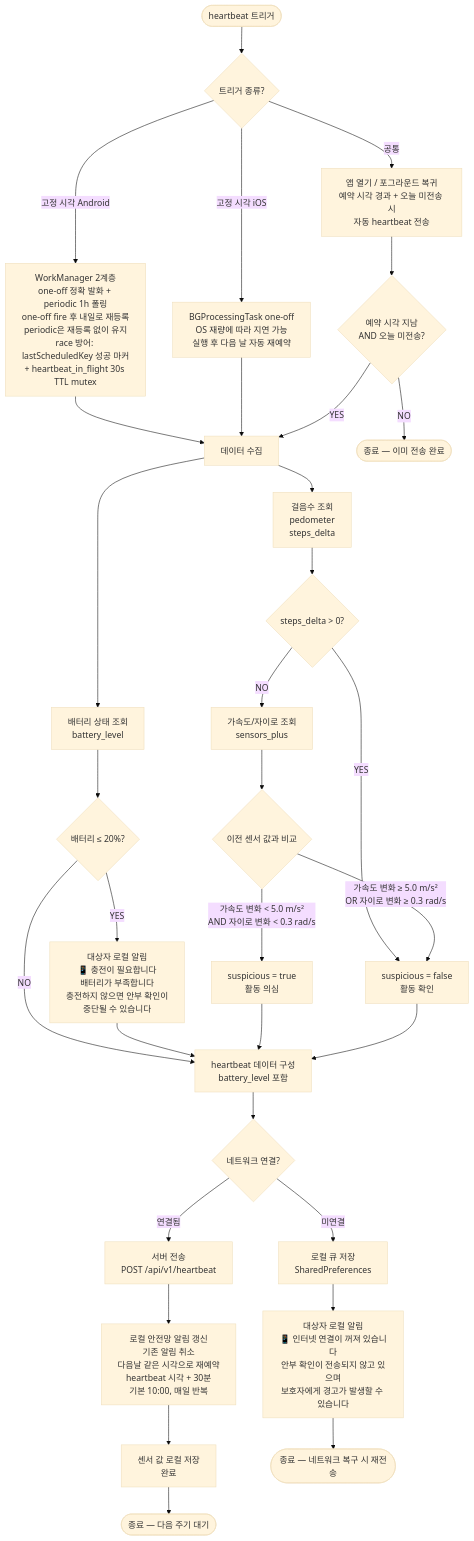
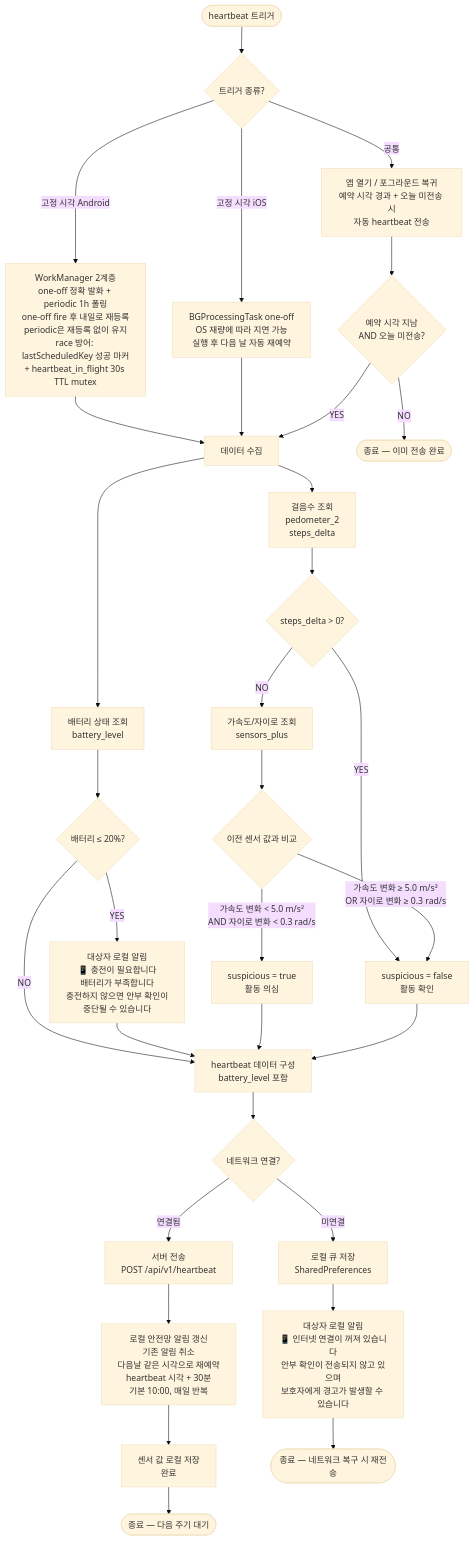
One commit to l10s18bok/kr.co.anbucheck changed the first of 8 diagrams in .claude/rules/heartbeat_flowchart.md. Above: the diagram before and after it, drawn with Mermaid (base theme). The commit also changed 1 other file, not shown here.

Commit message:
문서: pedometer_2 전환 및 Android minSdk 29 상향 반영
- PRD-FrontEnd: 걸음수 수집 로직 및 필요 패키지 설명을 pedometer_2로 갱신
  (iOS queryPedometerData + Android Google Fit Local Recording API)
- PRD-FrontEnd: 안전코드 화면 iOS 권한 재요청을 Permission.sensors.request()로 명시
- PRD-FrontEnd: 최소 지원 OS를 Android 10 (API 29)로 상향하고 사유 기재
- heartbeat_flowchart: 걸음수 조회 노드 라벨을 pedometer_2로 변경

````diff
--- a/.claude/rules/heartbeat_flowchart.md
+++ b/.claude/rules/heartbeat_flowchart.md
@@ -25,54 +25,54 @@
 ```mermaid
 flowchart TD
     Start([heartbeat 트리거])
     Start --> Trigger
 
     Trigger{트리거 종류?}
     Trigger -->|고정 시각 Android| WM[WorkManager 2계층<br/>one-off 정확 발화 + periodic 1h 폴링<br/>one-off fire 후 내일로 재등록<br/>periodic은 재등록 없이 유지<br/>race 방어: lastScheduledKey 성공 마커<br/>+ heartbeat_in_flight 30s TTL mutex]
     Trigger -->|고정 시각 iOS| BG[BGProcessingTask one-off<br/>OS 재량에 따라 지연 가능<br/>실행 후 다음 날 자동 재예약]
     Trigger -->|공통| FG[앱 열기 / 포그라운드 복귀<br/>예약 시각 경과 + 오늘 미전송 시<br/>자동 heartbeat 전송]
 
     WM --> Collect
     BG --> Collect
     FG --> FGCheck{예약 시각 지남<br/>AND 오늘 미전송?}
     FGCheck -->|YES| Collect
     FGCheck -->|NO| End0([종료 — 이미 전송 완료])
 
     Collect[데이터 수집]
-    Collect --> Steps[걸음수 조회<br/>pedometer<br/>steps_delta]
+    Collect --> Steps[걸음수 조회<br/>pedometer_2<br/>steps_delta]
     Collect --> Battery[배터리 상태 조회<br/>battery_level]
 
     Steps --> StepsCheck{steps_delta > 0?}
     StepsCheck -->|YES| Normal[suspicious = false<br/>활동 확인]
     StepsCheck -->|NO| Sensor[가속도/자이로 조회<br/>sensors_plus]
 
     Sensor --> Compare{이전 센서 값과 비교}
     Compare -->|가속도 변화 < 5.0 m/s²<br/>AND 자이로 변화 < 0.3 rad/s| Suspicious[suspicious = true<br/>활동 의심]
     Compare -->|가속도 변화 ≥ 5.0 m/s²<br/>OR 자이로 변화 ≥ 0.3 rad/s| Normal
 
     Battery --> BattCheck{배터리 ≤ 20%?}
     BattCheck -->|YES| SubjectNoti[대상자 로컬 알림<br/>📱 충전이 필요합니다<br/>배터리가 부족합니다<br/>충전하지 않으면 안부 확인이<br/>중단될 수 있습니다]
     BattCheck -->|NO| Build
 
     SubjectNoti --> Build
 
     Suspicious --> Build
     Normal --> Build
 
     Build[heartbeat 데이터 구성<br/>battery_level 포함]
 
     Build --> Network{네트워크 연결?}
 
     Network -->|연결됨| Send[서버 전송<br/>POST /api/v1/heartbeat]
     Network -->|미연결| Queue[로컬 큐 저장<br/>SharedPreferences]
 
     Queue --> LocalNoti1[대상자 로컬 알림<br/>📱 인터넷 연결이 꺼져 있습니다<br/>안부 확인이 전송되지 않고 있으며<br/>보호자에게 경고가 발생할 수 있습니다]
 
     Send --> AlarmReset[로컬 안전망 알림 갱신<br/>기존 알림 취소<br/>다음날 같은 시각으로 재예약<br/>heartbeat 시각 + 30분<br/>기본 10:00, 매일 반복]
 
     AlarmReset --> SaveEnd[센서 값 로컬 저장<br/>완료]
 
     SaveEnd --> End1([종료 — 다음 주기 대기])
 
     LocalNoti1 --> End2([종료 — 네트워크 복구 시 재전송])
 ```
````
